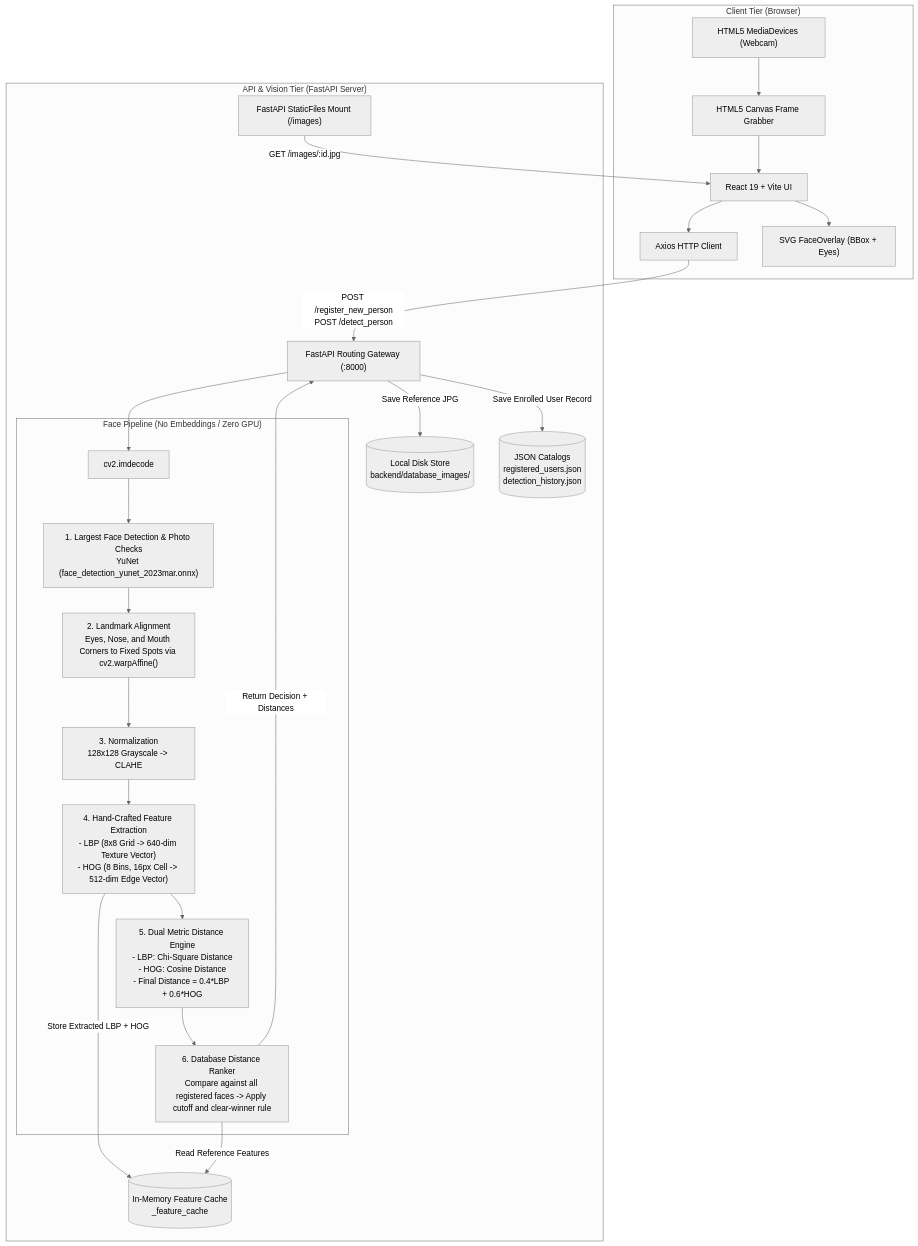
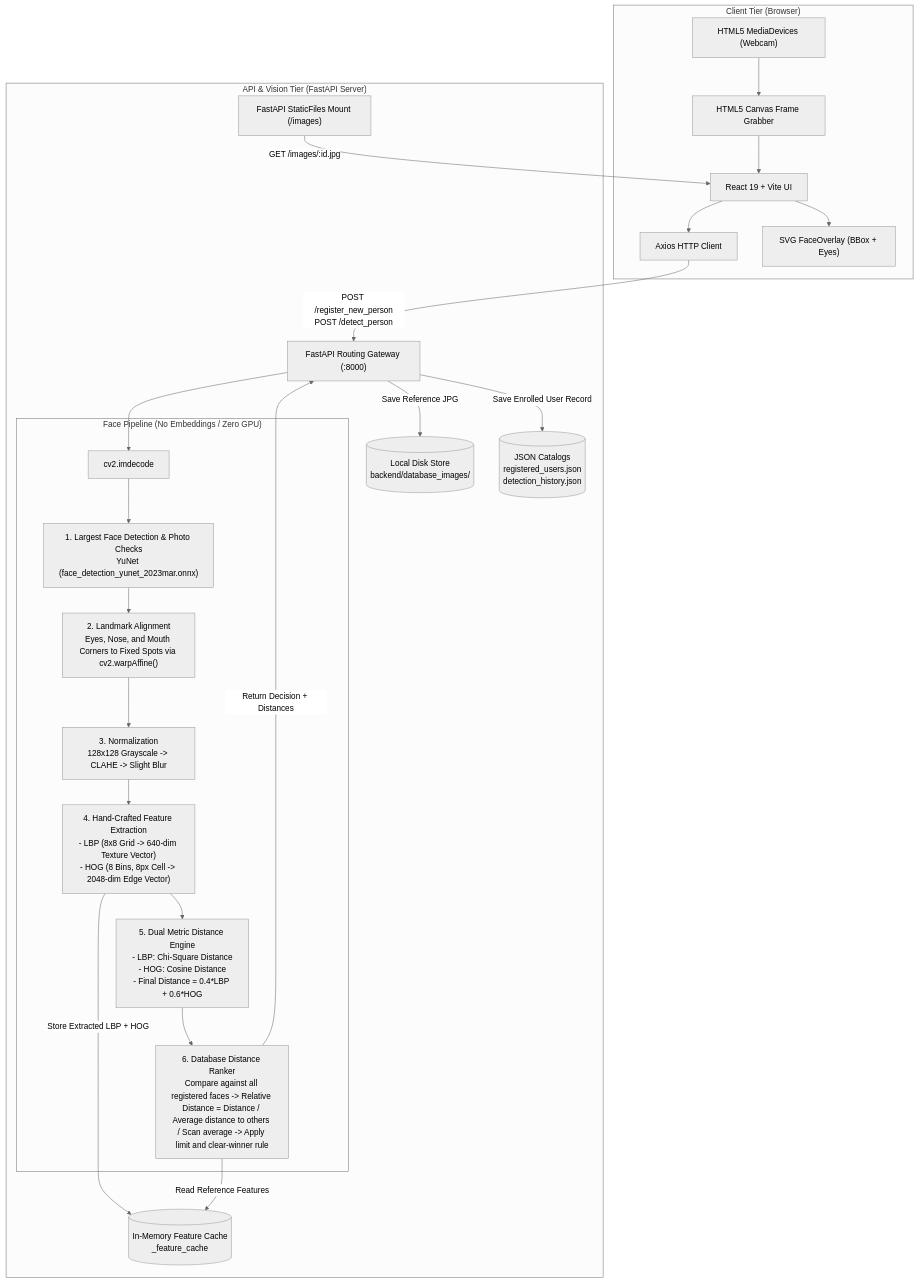
The diagram in architecture.md (Mit-007/face_recognition_POC), drawn with Mermaid (neutral theme) before and after one commit. The commit also changed other lines of this file and 14 other files, not shown here.

````diff
--- a/architecture.md
+++ b/architecture.md
@@ -11,46 +11,46 @@
 ```mermaid
 flowchart TD
     subgraph Client["Client Tier (Browser)"]
         UI["React 19 + Vite UI"]
         Cam["HTML5 MediaDevices (Webcam)"]
         Canvas["HTML5 Canvas Frame Grabber"]
         Axios["Axios HTTP Client"]
         Overlay["SVG FaceOverlay (BBox + Eyes)"]
         
         Cam --> Canvas --> UI
         UI --> Overlay
         UI --> Axios
     end
 
     subgraph Backend["API & Vision Tier (FastAPI Server)"]
         API["FastAPI Routing Gateway (:8000)"]
         Static["FastAPI StaticFiles Mount (/images)"]
         
         subgraph Classical_CV["Face Pipeline (No Embeddings / Zero GPU)"]
             Decode["cv2.imdecode"]
             FaceDetect["1. Largest Face Detection & Photo Checks\nYuNet (face_detection_yunet_2023mar.onnx)"]
             LandmarkAlign["2. Landmark Alignment\nEyes, Nose, and Mouth Corners to Fixed Spots via cv2.warpAffine()"]
-            Normalize["3. Normalization\n128x128 Grayscale -> CLAHE"]
-            FeatExtract["4. Hand-Crafted Feature Extraction\n- LBP (8x8 Grid -> 640-dim Texture Vector)\n- HOG (8 Bins, 16px Cell -> 512-dim Edge Vector)"]
+            Normalize["3. Normalization\n128x128 Grayscale -> CLAHE -> Slight Blur"]
+            FeatExtract["4. Hand-Crafted Feature Extraction\n- LBP (8x8 Grid -> 640-dim Texture Vector)\n- HOG (8 Bins, 8px Cell -> 2048-dim Edge Vector)"]
             Distance["5. Dual Metric Distance Engine\n- LBP: Chi-Square Distance\n- HOG: Cosine Distance\n- Final Distance = 0.4*LBP + 0.6*HOG"]
-            Ranker["6. Database Distance Ranker\nCompare against all registered faces -> Apply cutoff and clear-winner rule"]
+            Ranker["6. Database Distance Ranker\nCompare against all registered faces -> Relative Distance = Distance / Average distance to others / Scan average -> Apply limit and clear-winner rule"]
         end
         
         DiskStore[("Local Disk Store\nbackend/database_images/")]
         JSONStore[("JSON Catalogs\nregistered_users.json\ndetection_history.json")]
         MemCache[("In-Memory Feature Cache\n_feature_cache")]
     end
 
     Axios -->|POST /register_new_person\nPOST /detect_person| API
     Static -->|GET /images/:id.jpg| UI
     
     API --> Decode --> FaceDetect --> LandmarkAlign --> Normalize --> FeatExtract
     
     API -->|Save Reference JPG| DiskStore
     API -->|Save Enrolled User Record| JSONStore
     FeatExtract -->|Store Extracted LBP + HOG| MemCache
     
     FeatExtract --> Distance --> Ranker
     Ranker -->|Read Reference Features| MemCache
     Ranker -->|Return Decision + Distances| API
 ```
````
